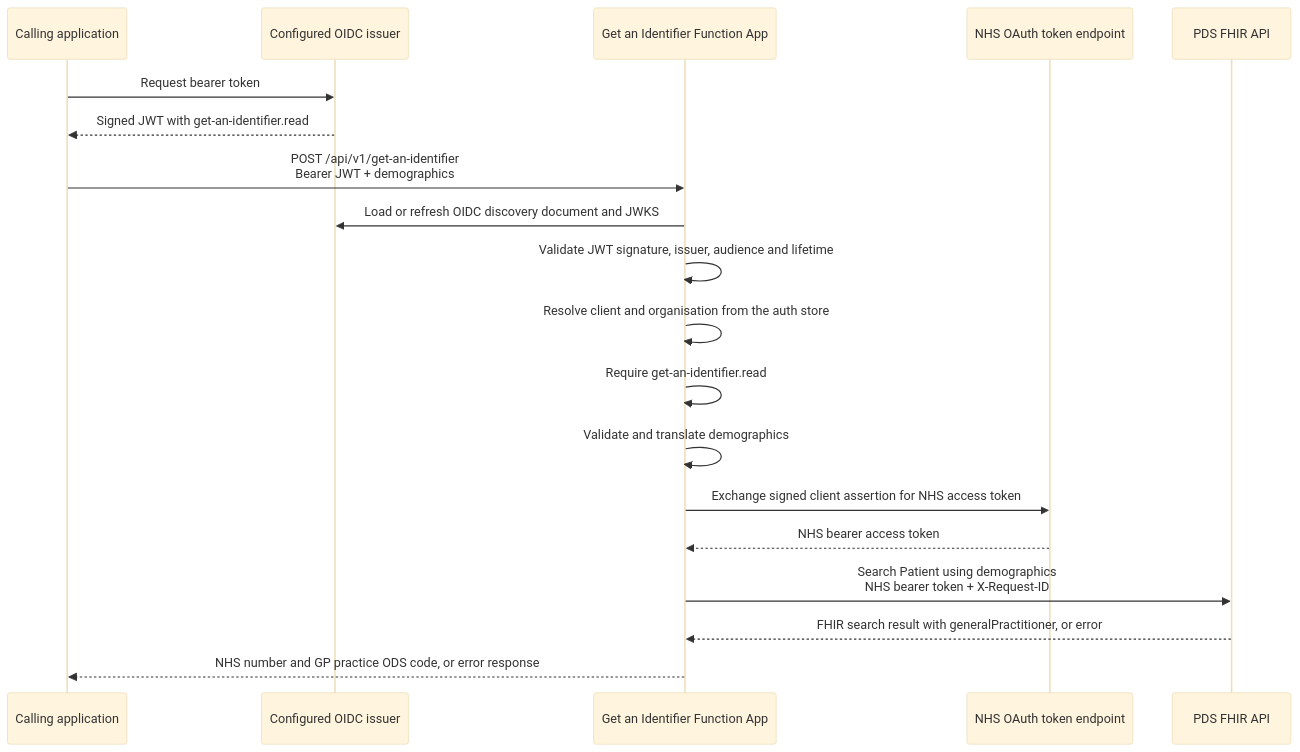
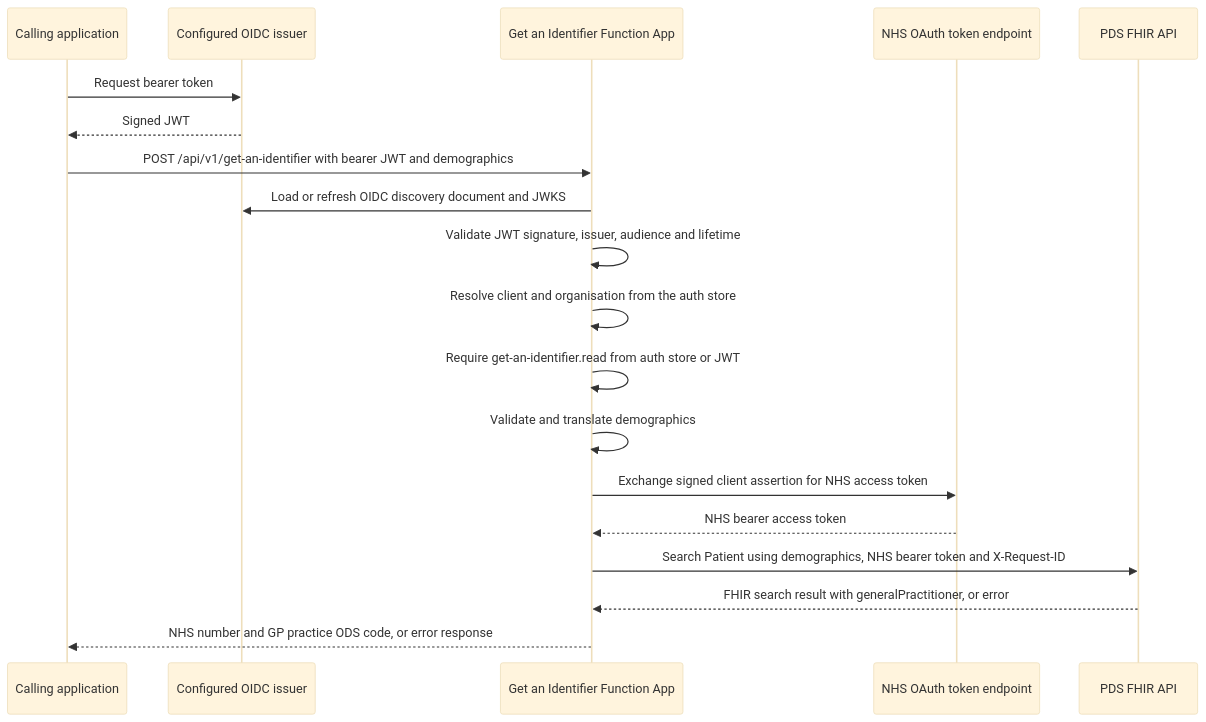
One commit to DFE-Digital/single-unique-identifier changed the diagram in Docs/Design/GetAnIdentifier/AsBuilt.md. Above: the diagram before and after it, drawn with Mermaid (base theme). The commit also changed other lines of this file and 2 other files, not shown here.

````diff
--- a/Docs/Design/GetAnIdentifier/AsBuilt.md
+++ b/Docs/Design/GetAnIdentifier/AsBuilt.md
@@ -11,22 +11,22 @@
 ```mermaid
 sequenceDiagram
     participant Caller as Calling application
     participant Issuer as Configured OIDC issuer
     participant Function as Get an Identifier Function App
     participant NHSAuth as NHS OAuth token endpoint
     participant PDS as PDS FHIR API
 
     Caller->>Issuer: Request bearer token
-    Issuer-->>Caller: Signed JWT with get-an-identifier.read
-    Caller->>Function: POST /api/v1/get-an-identifier<br/>Bearer JWT + demographics
+    Issuer-->>Caller: Signed JWT
+    Caller->>Function: POST /api/v1/get-an-identifier with bearer JWT and demographics
     Function->>Issuer: Load or refresh OIDC discovery document and JWKS
     Function->>Function: Validate JWT signature, issuer, audience and lifetime
     Function->>Function: Resolve client and organisation from the auth store
-    Function->>Function: Require get-an-identifier.read
+    Function->>Function: Require get-an-identifier.read from auth store or JWT
     Function->>Function: Validate and translate demographics
     Function->>NHSAuth: Exchange signed client assertion for NHS access token
     NHSAuth-->>Function: NHS bearer access token
-    Function->>PDS: Search Patient using demographics<br/>NHS bearer token + X-Request-ID
+    Function->>PDS: Search Patient using demographics, NHS bearer token and X-Request-ID
     PDS-->>Function: FHIR search result with generalPractitioner, or error
     Function-->>Caller: NHS number and GP practice ODS code, or error response
 ```
````
